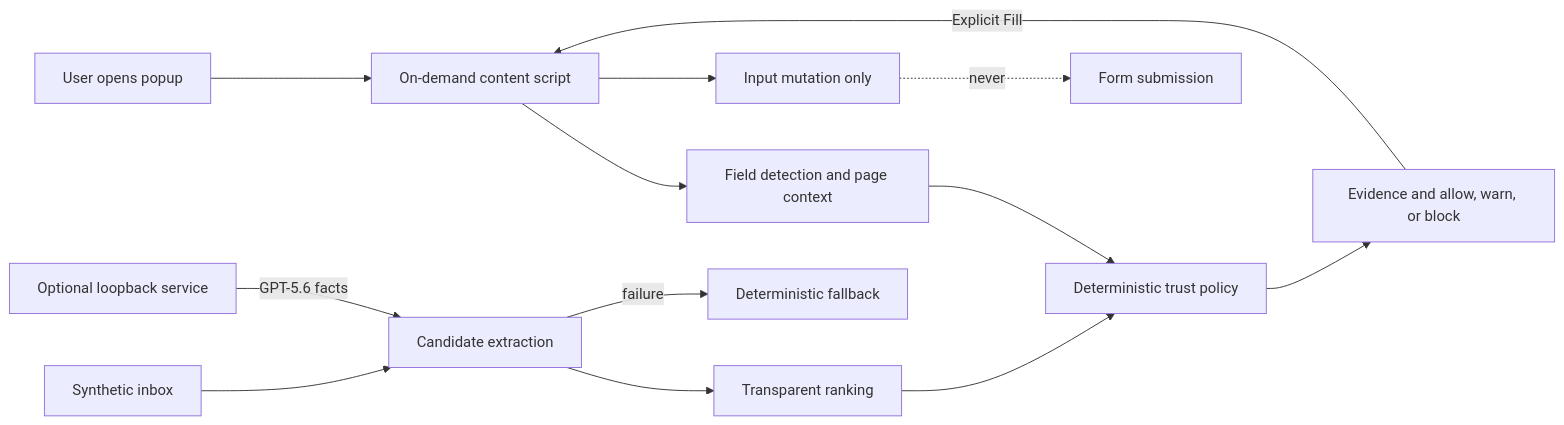
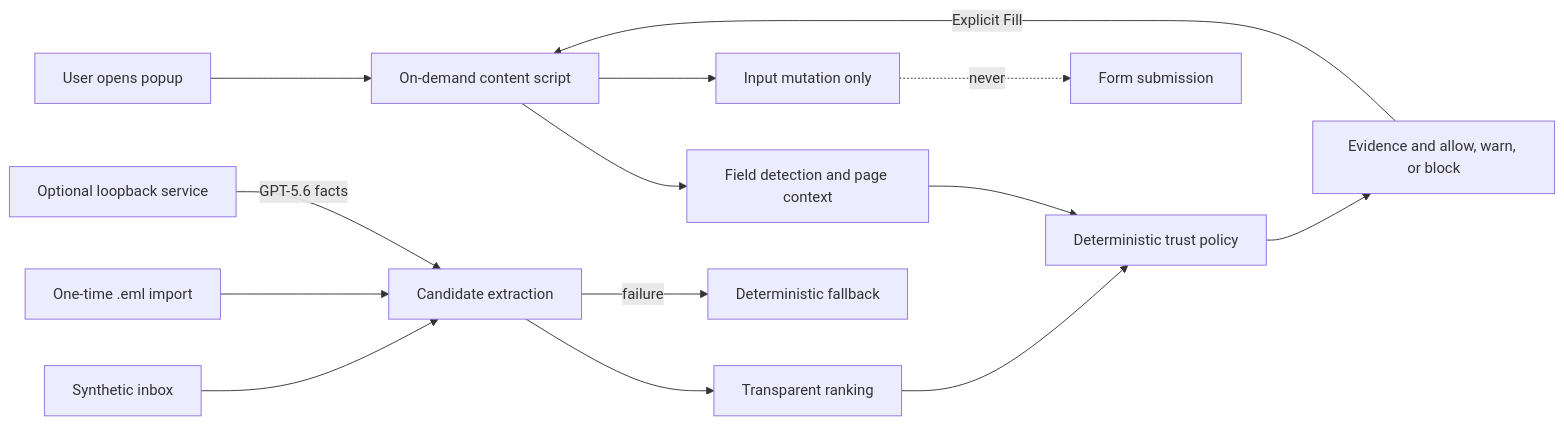
The diagram in README.md (lzongren/contextfill), drawn with Mermaid before and after one commit. The commit also changed other lines of this file and 17 other files, not shown here.

````diff
--- a/README.md
+++ b/README.md
@@ -49,15 +49,16 @@
 ```mermaid
 flowchart LR
   U["User opens popup"] --> C["On-demand content script"]
   C --> F["Field detection and page context"]
   S["Synthetic inbox"] --> X["Candidate extraction"]
+  I["One-time .eml import"] --> X
   X --> R["Transparent ranking"]
   F --> P["Deterministic trust policy"]
   R --> P
   P --> UI["Evidence and allow, warn, or block"]
   UI -->|"Explicit Fill"| C
   C --> M["Input mutation only"]
   M -. "never" .-> N["Form submission"]
   L["Optional loopback service"] -->|"GPT-5.6 facts"| X
   X -->|"failure"| D["Deterministic fallback"]
 ```
````
